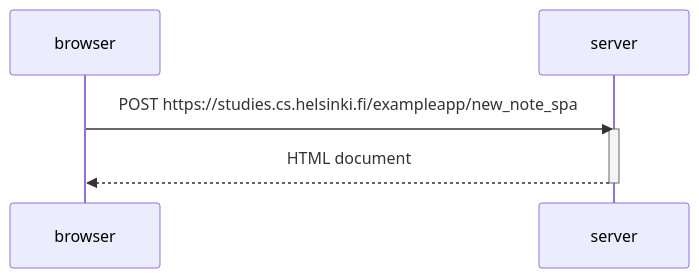
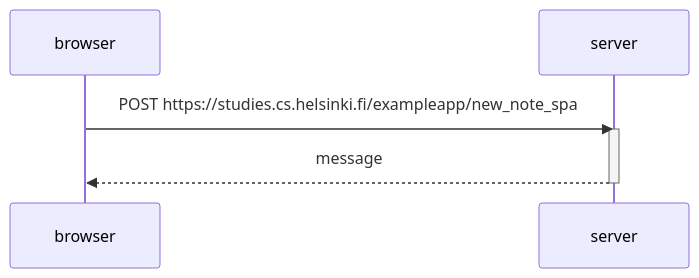
Before and after one commit to jtu-hub/fullstack: the diagram in part0/ex06.md, drawn with Mermaid.

Commit message:
corr ex06

````diff
--- a/part0/ex06.md
+++ b/part0/ex06.md
@@ -4,10 +4,10 @@
 ```mermaid
 sequenceDiagram
     participant browser
     participant server
 
     browser->>server: POST https://studies.cs.helsinki.fi/exampleapp/new_note_spa
     activate server
-    server-->>browser: HTML document
+    server-->>browser: message
     deactivate server
 ```
````
